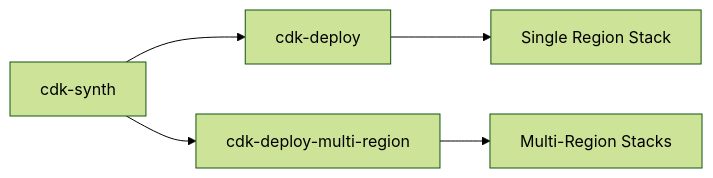
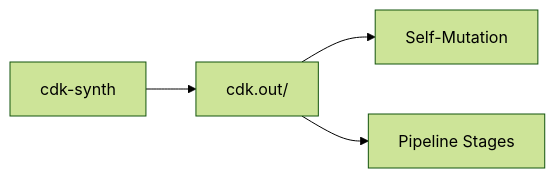
One commit to mwashburn160/pipeline-builder changed the first of 3 diagrams in docs/plugins/infrastructure.md. Above: the diagram before and after it, drawn with Mermaid (forest theme). The commit also changed other lines of this file and 7 other files, not shown here.

````diff
--- a/docs/plugins/infrastructure.md
+++ b/docs/plugins/infrastructure.md
@@ -22,7 +23,6 @@
 ```mermaid
 flowchart LR
-    Synth[cdk-synth] --> Deploy[cdk-deploy]
-    Synth --> MultiDeploy[cdk-deploy-multi-region]
-    Deploy --> SingleRegion[Single Region Stack]
-    MultiDeploy --> MultiRegion[Multi-Region Stacks]
+    Synth[cdk-synth] --> CloudAssembly[cdk.out/]
+    CloudAssembly --> SelfMutate[Self-Mutation]
+    CloudAssembly --> Stages[Pipeline Stages]
 ```
````
